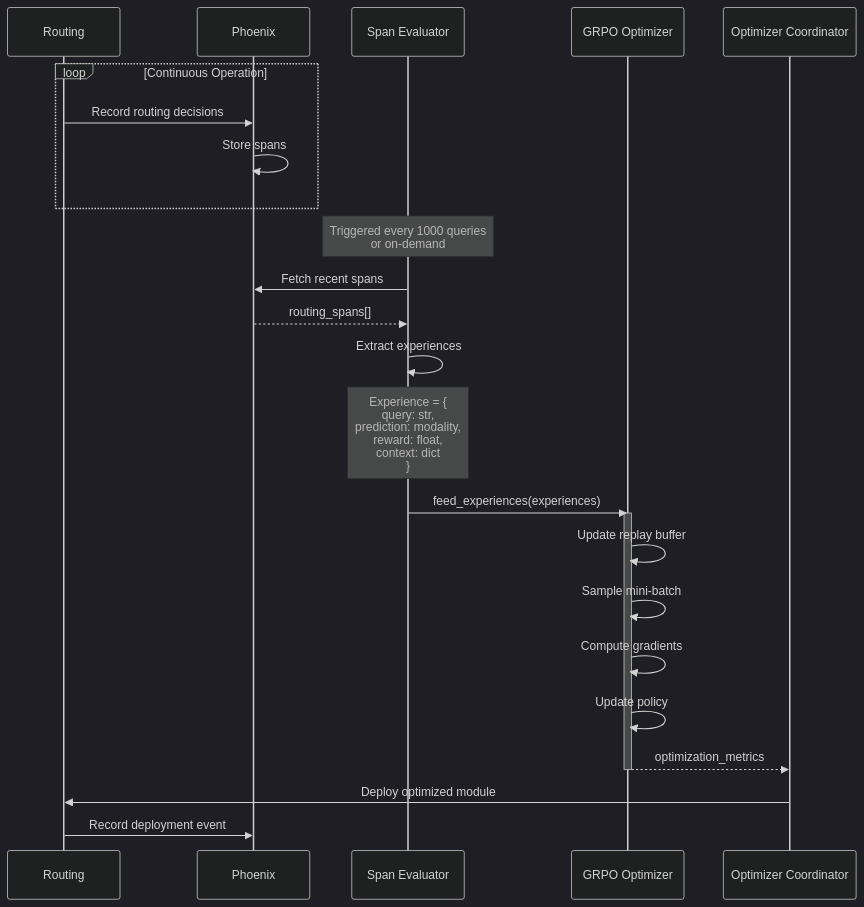
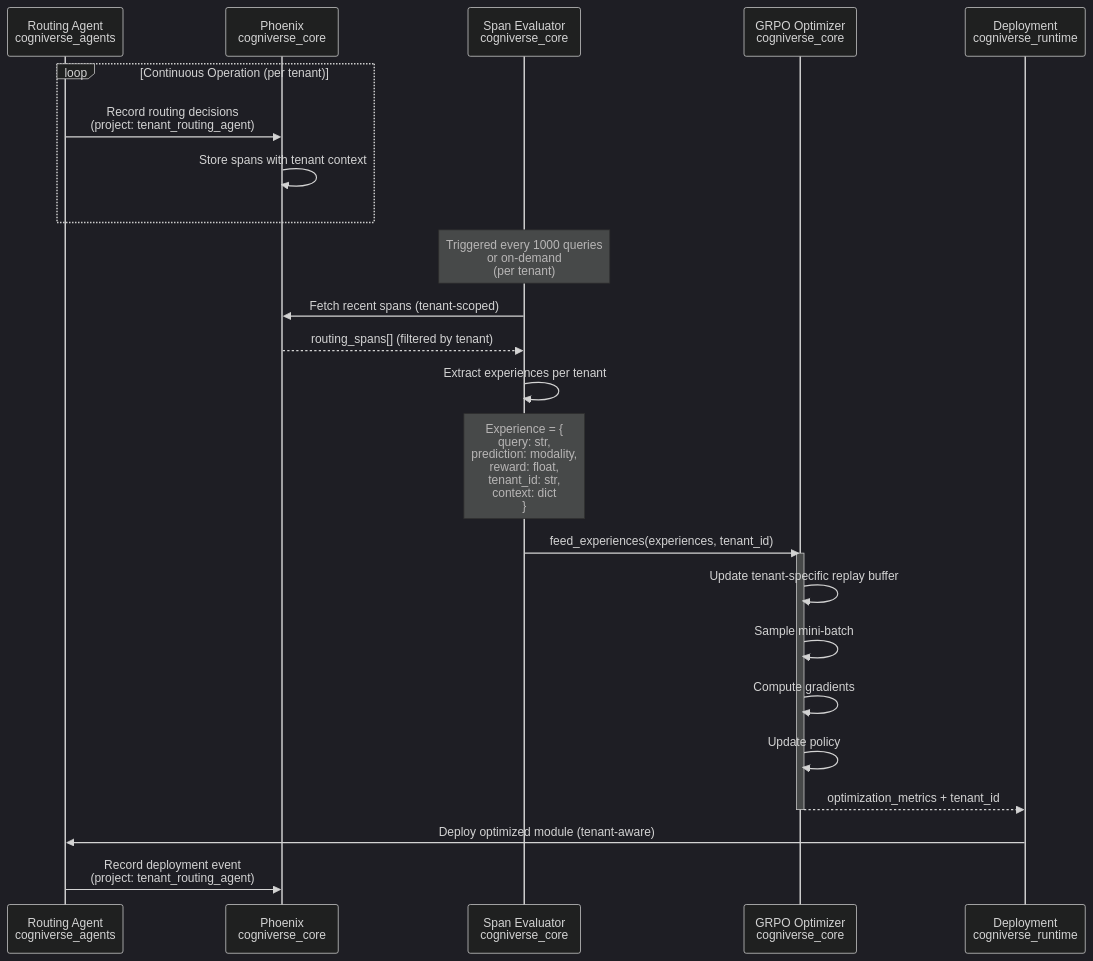
Before and after one commit to amit-jain/cogniverse: diagram 13 of 25 in docs/architecture/system-flows.md, drawn with Mermaid (dark theme). The commit also changed other lines of this file and 25 other files, not shown here.

````diff
--- a/docs/architecture/system-flows.md
+++ b/docs/architecture/system-flows.md
@@ -363,34 +536,34 @@
 ```mermaid
 sequenceDiagram
-    participant Routing
-    participant Phoenix
-    participant SpanEval as Span Evaluator
-    participant GRPO as GRPO Optimizer
-    participant Optimizer as Optimizer Coordinator
+    participant Routing as Routing Agent<br/>cogniverse_agents
+    participant Phoenix as Phoenix<br/>cogniverse_core
+    participant SpanEval as Span Evaluator<br/>cogniverse_core
+    participant GRPO as GRPO Optimizer<br/>cogniverse_core
+    participant Deploy as Deployment<br/>cogniverse_runtime
 
-    loop Continuous Operation
-        Routing->>Phoenix: Record routing decisions
-        Phoenix->>Phoenix: Store spans
+    loop Continuous Operation (per tenant)
+        Routing->>Phoenix: Record routing decisions<br/>(project: tenant_routing_agent)
+        Phoenix->>Phoenix: Store spans with tenant context
     end
 
-    Note over SpanEval: Triggered every 1000 queries<br/>or on-demand
+    Note over SpanEval: Triggered every 1000 queries<br/>or on-demand<br/>(per tenant)
 
-    SpanEval->>Phoenix: Fetch recent spans
-    Phoenix-->>SpanEval: routing_spans[]
+    SpanEval->>Phoenix: Fetch recent spans (tenant-scoped)
+    Phoenix-->>SpanEval: routing_spans[] (filtered by tenant)
 
-    SpanEval->>SpanEval: Extract experiences
-    Note over SpanEval: Experience = {<br/>  query: str,<br/>  prediction: modality,<br/>  reward: float,<br/>  context: dict<br/>}
+    SpanEval->>SpanEval: Extract experiences per tenant
+    Note over SpanEval: Experience = {<br/>  query: str,<br/>  prediction: modality,<br/>  reward: float,<br/>  tenant_id: str,<br/>  context: dict<br/>}
 
-    SpanEval->>GRPO: feed_experiences(experiences)
+    SpanEval->>GRPO: feed_experiences(experiences, tenant_id)
 
     activate GRPO
-    GRPO->>GRPO: Update replay buffer
+    GRPO->>GRPO: Update tenant-specific replay buffer
     GRPO->>GRPO: Sample mini-batch
     GRPO->>GRPO: Compute gradients
     GRPO->>GRPO: Update policy
-    GRPO-->>Optimizer: optimization_metrics
+    GRPO-->>Deploy: optimization_metrics + tenant_id
     deactivate GRPO
 
-    Optimizer->>Routing: Deploy optimized module
-    Routing->>Phoenix: Record deployment event
+    Deploy->>Routing: Deploy optimized module (tenant-aware)
+    Routing->>Phoenix: Record deployment event<br/>(project: tenant_routing_agent)
 ```
````
